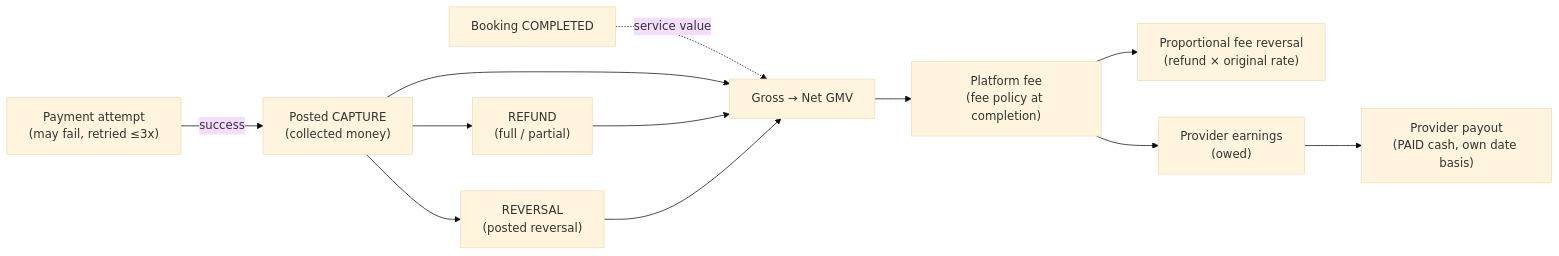
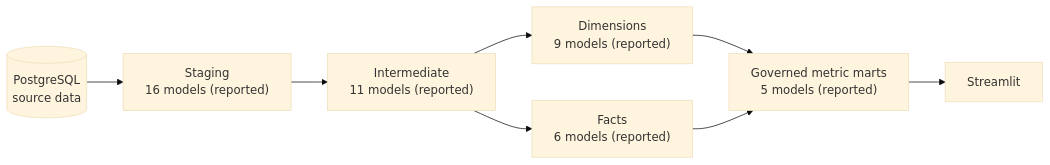
Before and after one commit to Nachiketh-AE/marketplace-fulfillment-warehouse: the third of 3 diagrams in README.md, drawn with Mermaid (base theme). The commit also changed other lines of this file, not shown here.

````diff
--- a/README.md
+++ b/README.md
@@ -80,14 +134,10 @@
 ```mermaid
 flowchart LR
-    PA["Payment attempt<br/>(may fail, retried ≤3x)"] -->|success| CA["Posted CAPTURE<br/>(collected money)"]
-    CA --> RF["REFUND<br/>(full / partial)"]
-    CA --> RV["REVERSAL<br/>(posted reversal)"]
-    CO["Booking COMPLETED"] -.->|service value| GMV["Gross → Net GMV"]
-    CA --> GMV
-    RF --> GMV
-    RV --> GMV
-    GMV --> FEE["Platform fee<br/>(fee policy at completion)"]
-    FEE --> FEEREV["Proportional fee reversal<br/>(refund × original rate)"]
-    FEE --> PE["Provider earnings<br/>(owed)"]
-    PE --> PO["Provider payout<br/>(PAID cash, own date basis)"]
+    SRC[("PostgreSQL<br/>source data")] --> STG["Staging<br/>16 models (reported)"]
+    STG --> INT["Intermediate<br/>11 models (reported)"]
+    INT --> DIM["Dimensions<br/>9 models (reported)"]
+    INT --> FACT["Facts<br/>6 models (reported)"]
+    DIM --> MART["Governed metric marts<br/>5 models (reported)"]
+    FACT --> MART
+    MART --> APP["Streamlit"]
 ```
````
